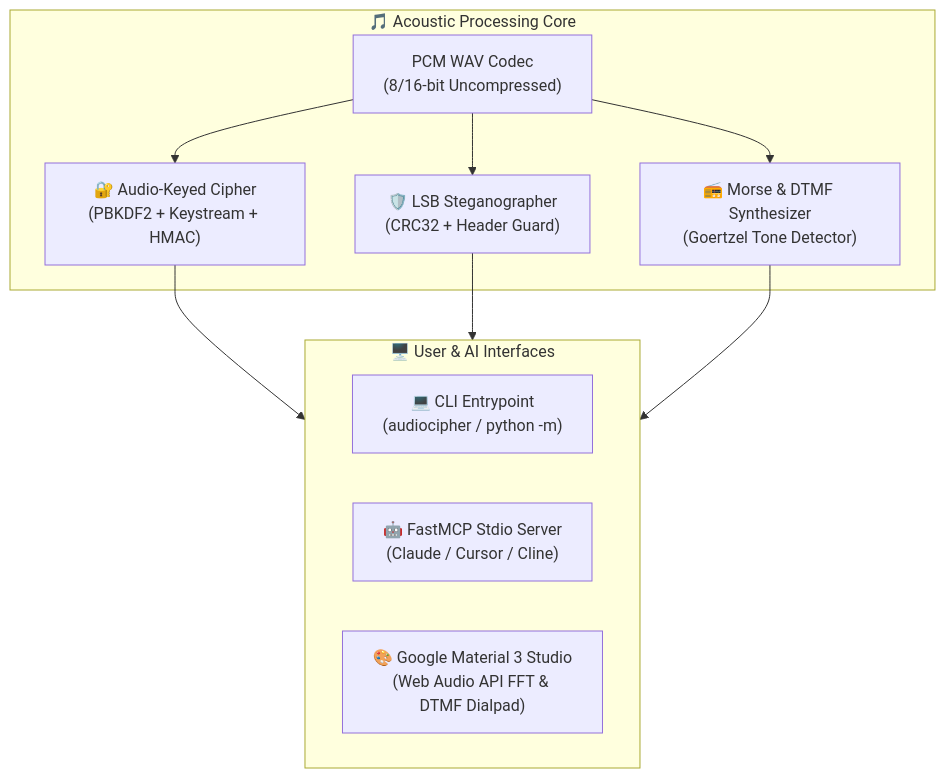
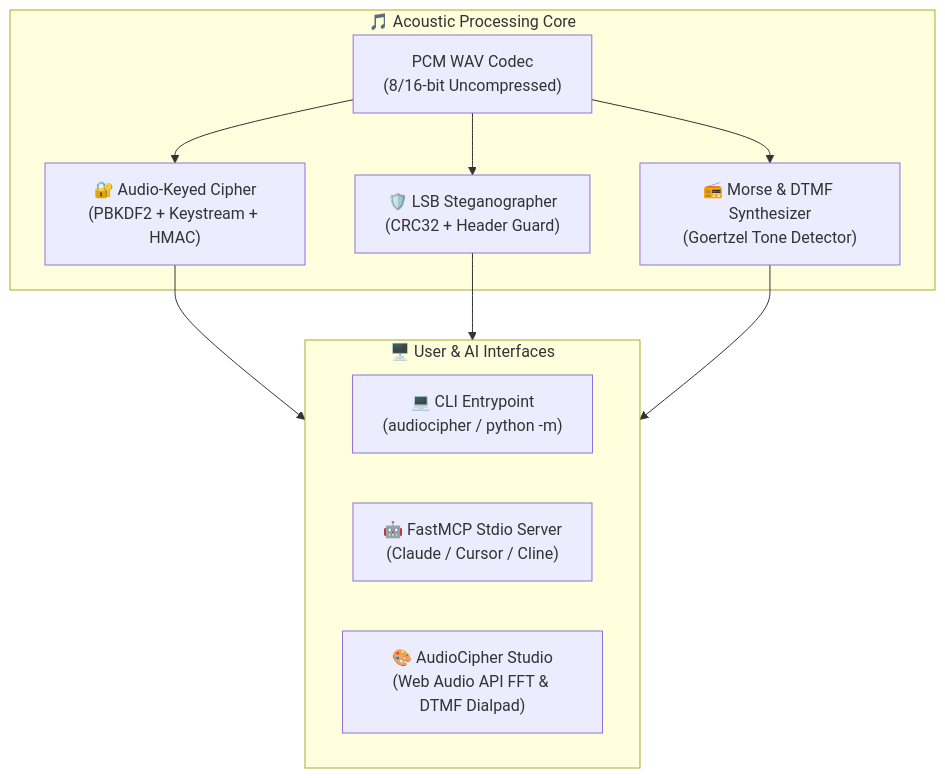
The diagram in README.md (1nc0gn30/audiocipher-stego-engine), drawn with Mermaid before and after one commit. The commit also changed other lines of this file and 4 other files, not shown here.

Commit message:
rebrand(audiocipher-stego-engine): update branding to AudioCipher Studio with Material 3 design influence

````diff
--- a/README.md
+++ b/README.md
@@ -128,22 +128,22 @@
 ```mermaid
 flowchart TD
     subgraph AudioEngine["🎵 Acoustic Processing Core"]
         Wav["PCM WAV Codec\n(8/16-bit Uncompressed)"]
         Crypto["🔐 Audio-Keyed Cipher\n(PBKDF2 + Keystream + HMAC)"]
         Stego["🛡️ LSB Steganographer\n(CRC32 + Header Guard)"]
         Spectro["📻 Morse & DTMF Synthesizer\n(Goertzel Tone Detector)"]
     end
 
     subgraph Channels["🖥️ User & AI Interfaces"]
         CLI["💻 CLI Entrypoint\n(audiocipher / python -m)"]
         MCP["🤖 FastMCP Stdio Server\n(Claude / Cursor / Cline)"]
-        UI["🎨 Google Material 3 Studio\n(Web Audio API FFT & DTMF Dialpad)"]
+        UI["🎨 AudioCipher Studio\n(Web Audio API FFT & DTMF Dialpad)"]
     end
 
     Wav --> Crypto
     Wav --> Stego
     Wav --> Spectro
     Crypto --> Channels
     Stego --> Channels
     Spectro --> Channels
 ```
````
